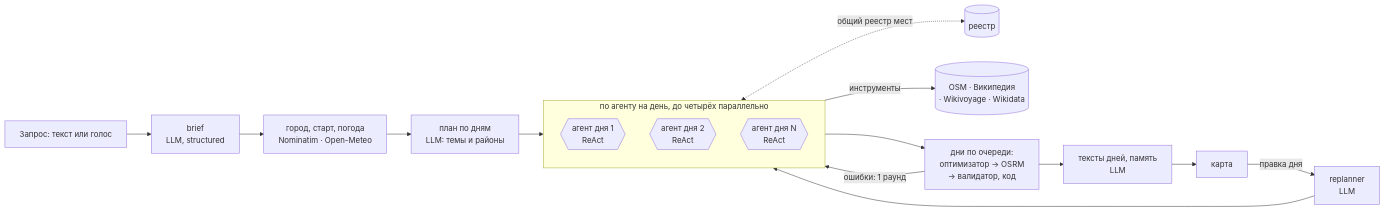
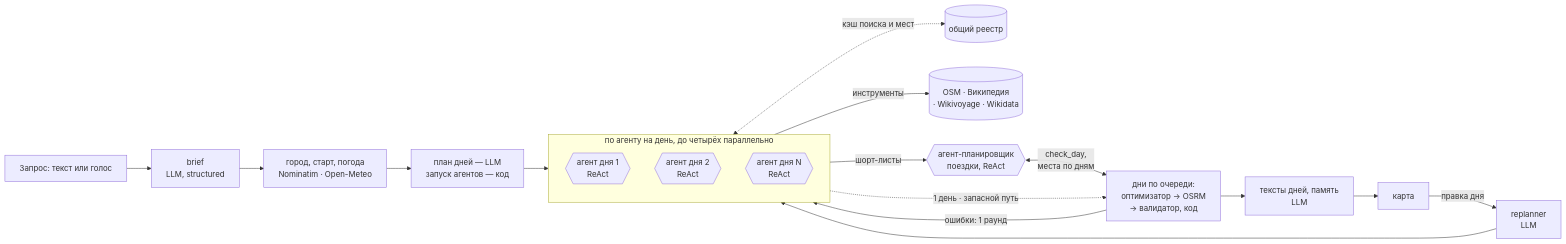
The diagram in README.md (dgornin/progulka), drawn with Mermaid before and after one commit. The commit also changed other lines of this file and 1 other file, not shown here.

````diff
--- a/README.md
+++ b/README.md
@@ -109,18 +113,20 @@
 ```mermaid
 flowchart LR
     Q[Запрос: текст или голос] --> B[brief<br/>LLM, structured]
     B --> G[город, старт, погода<br/>Nominatim · Open-Meteo]
-    G --> D[план по дням<br/>LLM: темы и районы]
+    G --> D[план дней — LLM<br/>запуск агентов — код]
     subgraph A [по агенту на день, до четырёх параллельно]
         R1{{агент дня 1<br/>ReAct}}
         R2{{агент дня 2<br/>ReAct}}
         RN{{агент дня N<br/>ReAct}}
     end
     D --> A
-    A <-. общий реестр мест .-> REG[(реестр)]
+    A <-. кэш поиска и мест .-> REG[(общий реестр)]
     A -- инструменты --> S[(OSM · Википедия<br/>· Wikivoyage · Wikidata)]
-    A --> O[дни по очереди:<br/>оптимизатор → OSRM<br/>→ валидатор, код]
+    A -- шорт-листы --> P{{агент-планировщик<br/>поездки, ReAct}}
+    P <-- check_day,<br/>места по дням --> O[дни по очереди:<br/>оптимизатор → OSRM<br/>→ валидатор, код]
+    A -. 1 день · запасной путь .-> O
     O -- ошибки: 1 раунд --> A
     O --> T[тексты дней, память<br/>LLM]
     T --> U[карта] -- правка дня --> F[replanner<br/>LLM] --> A
 ```
````
